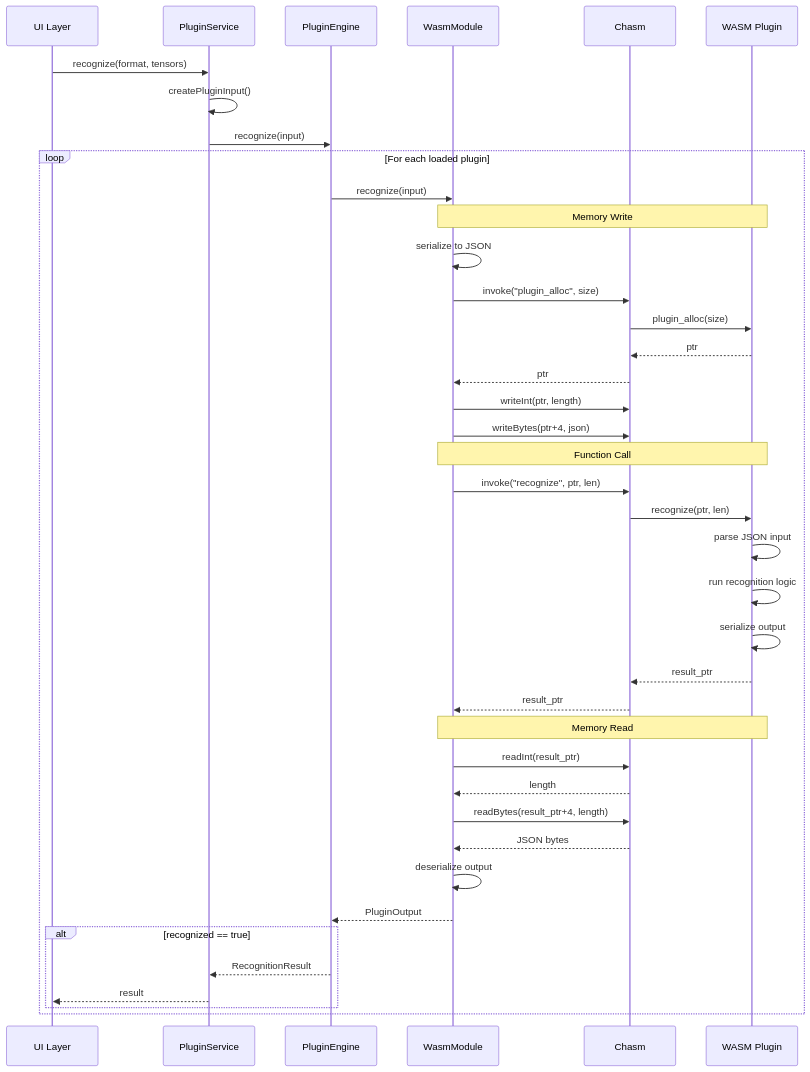
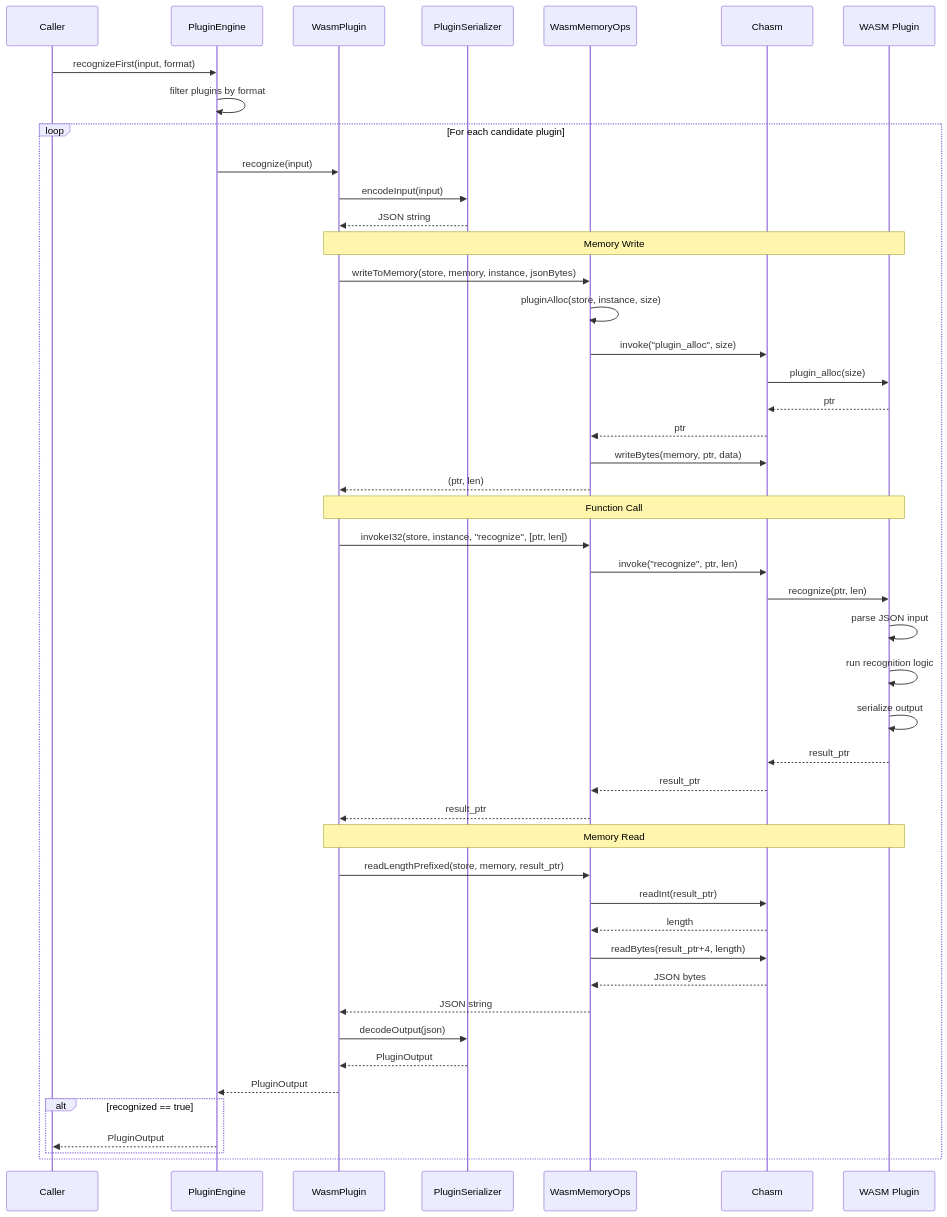
The seventh of 13 diagrams in README.md (michalharakal/wasm-plugin-system), drawn with Mermaid before and after one commit. The commit also changed other lines of this file, not shown here.

First line of the commit message:
Update README to match actual codebase: fix versions, types, and extend diagrams

````diff
--- a/README.md
+++ b/README.md
@@ -162,49 +347,57 @@
 ```mermaid
 sequenceDiagram
-    participant UI as UI Layer
-    participant PS as PluginService
+    participant Caller
     participant PE as PluginEngine
-    participant WM as WasmModule
+    participant WP as WasmPlugin
+    participant SER as PluginSerializer
+    participant MO as WasmMemoryOps
     participant CH as Chasm
     participant Plugin as WASM Plugin
 
-    UI->>PS: recognize(format, tensors)
-    PS->>PS: createPluginInput()
-    PS->>PE: recognize(input)
+    Caller->>PE: recognizeFirst(input, format)
+    PE->>PE: filter plugins by format
 
-    loop For each loaded plugin
-        PE->>WM: recognize(input)
+    loop For each candidate plugin
+        PE->>WP: recognize(input)
 
-        Note over WM,Plugin: Memory Write
-        WM->>WM: serialize to JSON
-        WM->>CH: invoke("plugin_alloc", size)
+        WP->>SER: encodeInput(input)
+        SER-->>WP: JSON string
+
+        Note over WP,Plugin: Memory Write
+        WP->>MO: writeToMemory(store, memory, instance, jsonBytes)
+        MO->>MO: pluginAlloc(store, instance, size)
+        MO->>CH: invoke("plugin_alloc", size)
         CH->>Plugin: plugin_alloc(size)
         Plugin-->>CH: ptr
-        CH-->>WM: ptr
-        WM->>CH: writeInt(ptr, length)
-        WM->>CH: writeBytes(ptr+4, json)
+        CH-->>MO: ptr
+        MO->>CH: writeBytes(memory, ptr, data)
+        MO-->>WP: (ptr, len)
 
-        Note over WM,Plugin: Function Call
-        WM->>CH: invoke("recognize", ptr, len)
+        Note over WP,Plugin: Function Call
+        WP->>MO: invokeI32(store, instance, "recognize", [ptr, len])
+        MO->>CH: invoke("recognize", ptr, len)
         CH->>Plugin: recognize(ptr, len)
         Plugin->>Plugin: parse JSON input
         Plugin->>Plugin: run recognition logic
         Plugin->>Plugin: serialize output
         Plugin-->>CH: result_ptr
-        CH-->>WM: result_ptr
+        CH-->>MO: result_ptr
+        MO-->>WP: result_ptr
 
-        Note over WM,Plugin: Memory Read
-        WM->>CH: readInt(result_ptr)
-        CH-->>WM: length
-        WM->>CH: readBytes(result_ptr+4, length)
-        CH-->>WM: JSON bytes
-        WM->>WM: deserialize output
+        Note over WP,Plugin: Memory Read
+        WP->>MO: readLengthPrefixed(store, memory, result_ptr)
+        MO->>CH: readInt(result_ptr)
+        CH-->>MO: length
+        MO->>CH: readBytes(result_ptr+4, length)
+        CH-->>MO: JSON bytes
+        MO-->>WP: JSON string
 
-        WM-->>PE: PluginOutput
+        WP->>SER: decodeOutput(json)
+        SER-->>WP: PluginOutput
+        WP-->>PE: PluginOutput
 
         alt recognized == true
-            PE-->>PS: RecognitionResult
-            PS-->>UI: result
+            PE-->>Caller: PluginOutput
         end
     end
 ```
````
